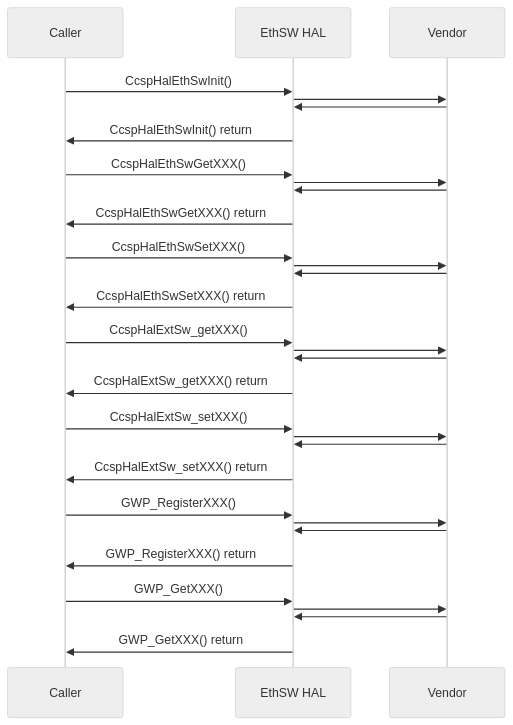
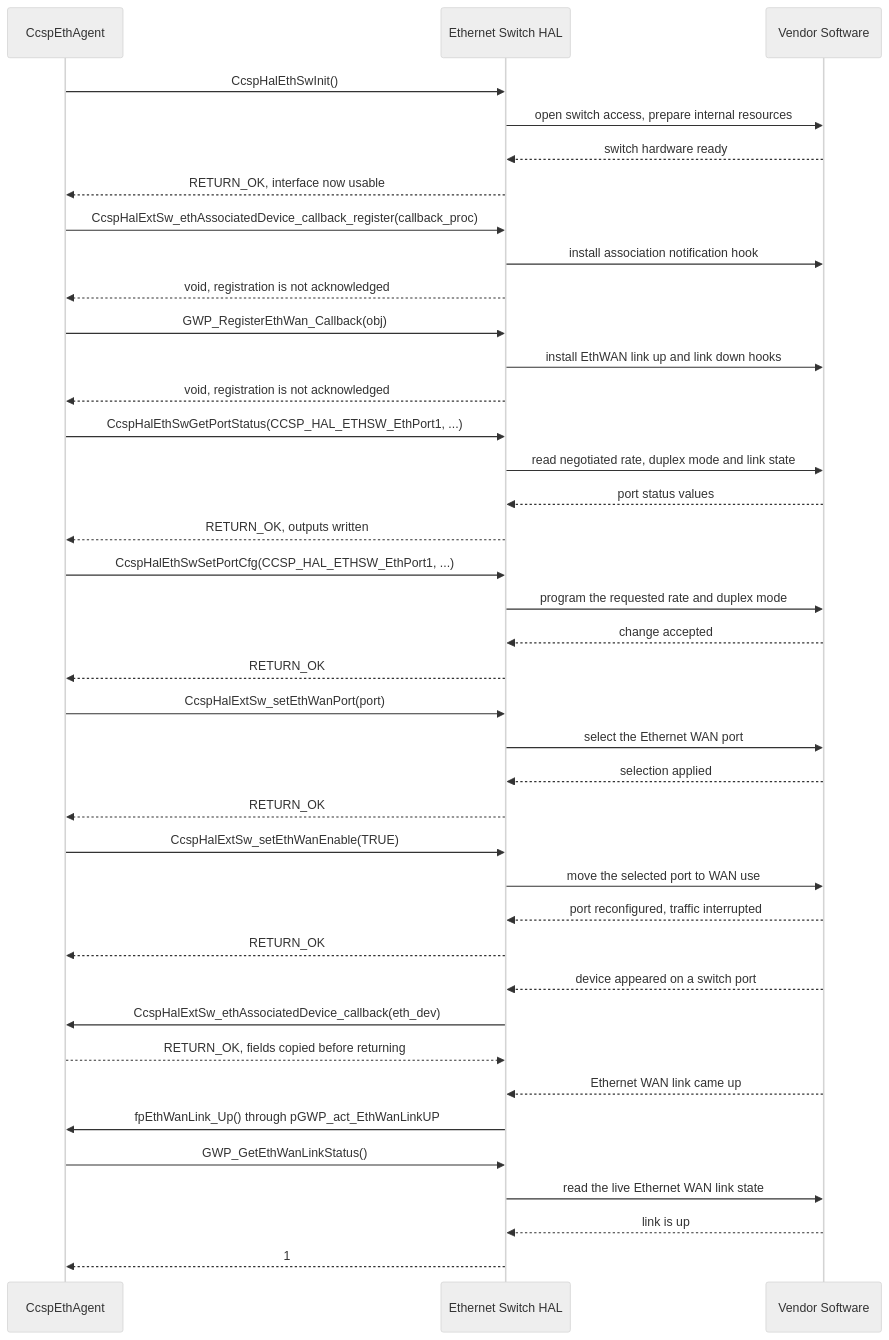
The second of 2 diagrams in docs/pages/EthSWHAlSpec.md (rdkcentral/rdkb-halif-ethsw), drawn with Mermaid (neutral theme) before and after one commit. The commit also changed other lines of this file, not shown here.

First line of the commit message:
Etherenet Switch HAL specification update (#18)

````diff
--- a/docs/pages/EthSWHAlSpec.md
+++ b/docs/pages/EthSWHAlSpec.md
@@ -223,40 +594,41 @@
 ```mermaid
 sequenceDiagram
-participant Caller
-participant EthSW HAL
-participant Vendor
-Caller->>EthSW HAL: CcspHalEthSwInit()
-EthSW HAL->>Vendor: 
-Vendor ->>EthSW HAL: 
-EthSW HAL->>Caller: CcspHalEthSwInit() return
-
-Caller->>EthSW HAL: CcspHalEthSwGetXXX()
-EthSW HAL->>Vendor: 
-Vendor ->>EthSW HAL: 
-EthSW HAL->>Caller: CcspHalEthSwGetXXX() return
-
-Caller->>EthSW HAL: CcspHalEthSwSetXXX()
-EthSW HAL->>Vendor: 
-Vendor ->>EthSW HAL: 
-EthSW HAL->>Caller: CcspHalEthSwSetXXX() return
-
-Caller->>EthSW HAL: CcspHalExtSw_getXXX()
-EthSW HAL->>Vendor: 
-Vendor ->>EthSW HAL: 
-EthSW HAL->>Caller: CcspHalExtSw_getXXX() return
-
-Caller->>EthSW HAL: CcspHalExtSw_setXXX()
-EthSW HAL->>Vendor: 
-Vendor ->>EthSW HAL: 
-EthSW HAL->>Caller: CcspHalExtSw_setXXX() return
-
-Caller->>EthSW HAL: GWP_RegisterXXX()
-EthSW HAL->>Vendor: 
-Vendor ->>EthSW HAL: 
-EthSW HAL->>Caller: GWP_RegisterXXX() return
-
-Caller->>EthSW HAL: GWP_GetXXX()
-EthSW HAL->>Vendor: 
-Vendor ->>EthSW HAL: 
-EthSW HAL->>Caller: GWP_GetXXX() return
+    participant Caller as CcspEthAgent
+    participant HAL as Ethernet Switch HAL
+    participant Vendor as Vendor Software
+    Caller->>HAL: CcspHalEthSwInit()
+    HAL->>Vendor: open switch access, prepare internal resources
+    Vendor-->>HAL: switch hardware ready
+    HAL-->>Caller: RETURN_OK, interface now usable
+    Caller->>HAL: CcspHalExtSw_ethAssociatedDevice_callback_register(callback_proc)
+    HAL->>Vendor: install association notification hook
+    HAL-->>Caller: void, registration is not acknowledged
+    Caller->>HAL: GWP_RegisterEthWan_Callback(obj)
+    HAL->>Vendor: install EthWAN link up and link down hooks
+    HAL-->>Caller: void, registration is not acknowledged
+    Caller->>HAL: CcspHalEthSwGetPortStatus(CCSP_HAL_ETHSW_EthPort1, ...)
+    HAL->>Vendor: read negotiated rate, duplex mode and link state
+    Vendor-->>HAL: port status values
+    HAL-->>Caller: RETURN_OK, outputs written
+    Caller->>HAL: CcspHalEthSwSetPortCfg(CCSP_HAL_ETHSW_EthPort1, ...)
+    HAL->>Vendor: program the requested rate and duplex mode
+    Vendor-->>HAL: change accepted
+    HAL-->>Caller: RETURN_OK
+    Caller->>HAL: CcspHalExtSw_setEthWanPort(port)
+    HAL->>Vendor: select the Ethernet WAN port
+    Vendor-->>HAL: selection applied
+    HAL-->>Caller: RETURN_OK
+    Caller->>HAL: CcspHalExtSw_setEthWanEnable(TRUE)
+    HAL->>Vendor: move the selected port to WAN use
+    Vendor-->>HAL: port reconfigured, traffic interrupted
+    HAL-->>Caller: RETURN_OK
+    Vendor-->>HAL: device appeared on a switch port
+    HAL->>Caller: CcspHalExtSw_ethAssociatedDevice_callback(eth_dev)
+    Caller-->>HAL: RETURN_OK, fields copied before returning
+    Vendor-->>HAL: Ethernet WAN link came up
+    HAL->>Caller: fpEthWanLink_Up() through pGWP_act_EthWanLinkUP
+    Caller->>HAL: GWP_GetEthWanLinkStatus()
+    HAL->>Vendor: read the live Ethernet WAN link state
+    Vendor-->>HAL: link is up
+    HAL-->>Caller: 1
 ```
````
